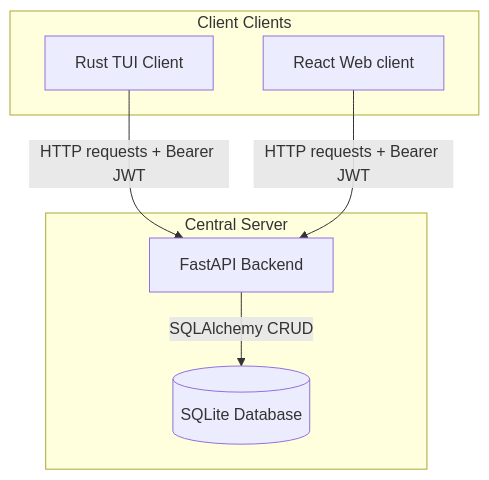
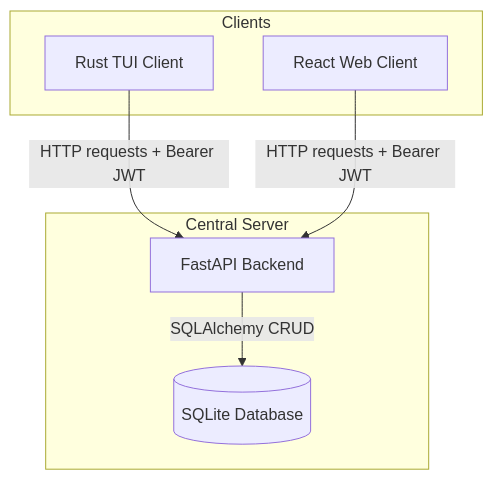
Before and after one commit to JohnDeSilva/cart_ographer: the diagram in README.md, drawn with Mermaid. The commit also changed other lines of this file and 1 other file, not shown here.

````diff
--- a/README.md
+++ b/README.md
@@ -13,16 +13,16 @@
 ```mermaid
 graph TD
     subgraph Central Server
         DB[(SQLite Database)]
         API[FastAPI Backend]
     end
 
-    subgraph Client Clients
+    subgraph Clients
         TUI[Rust TUI Client]
-        Web[React Web client]
+        Web[React Web Client]
     end
 
     TUI -->|HTTP requests + Bearer JWT| API
     Web -->|HTTP requests + Bearer JWT| API
     API -->|SQLAlchemy CRUD| DB
 ```
````
